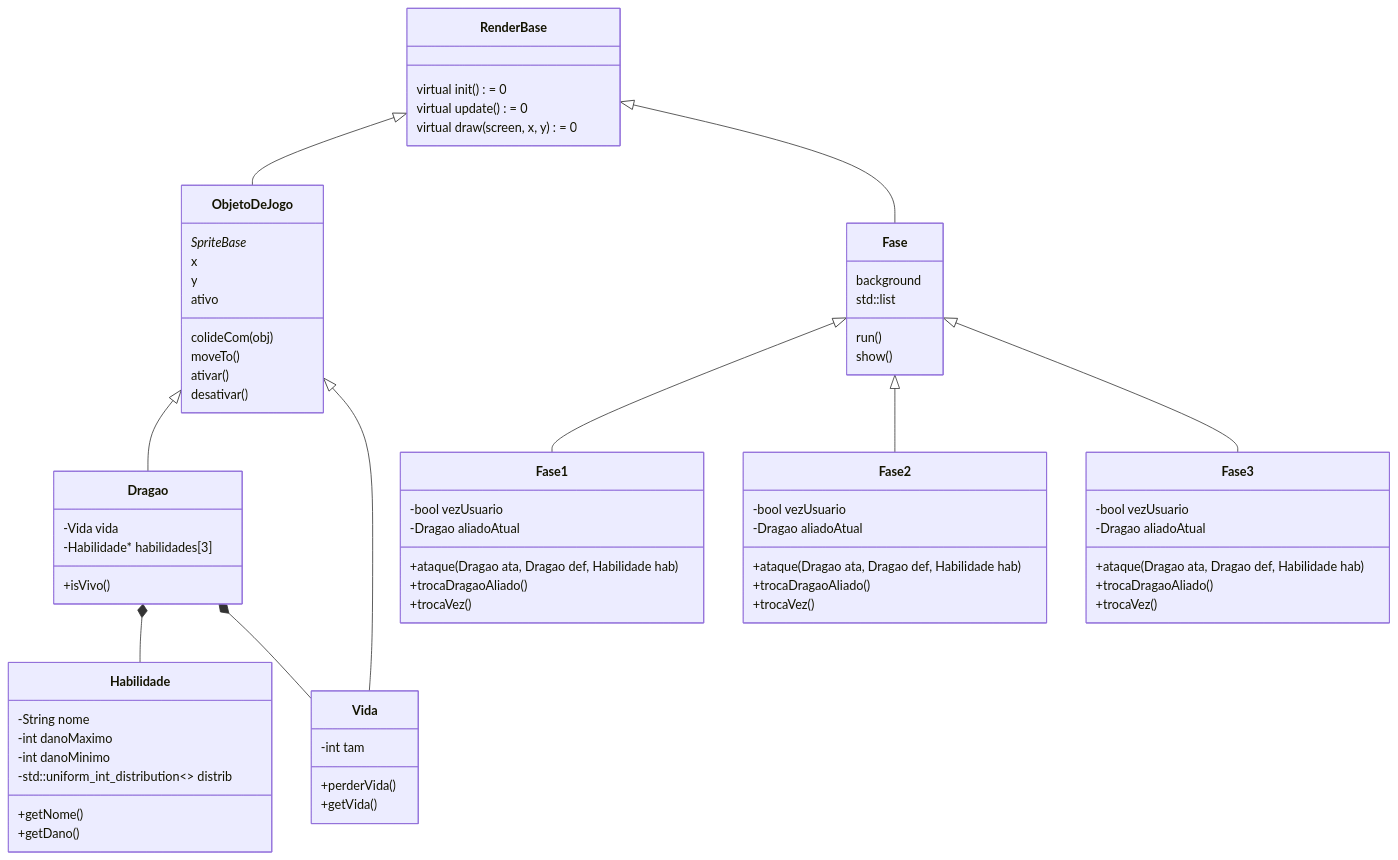
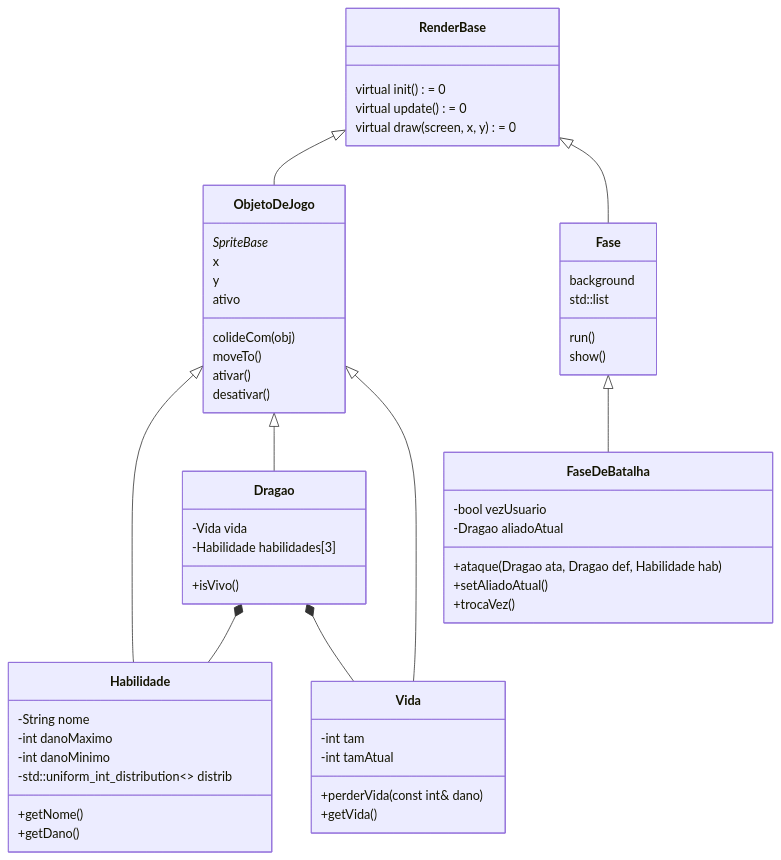
The diagram in uml.md (JeffersonAmorimdaCosta/projeto_poo), drawn with Mermaid before and after one commit. The commit also changed 14 other files, not shown here.

Commit message:
Primeira versão finalizada da Vida, atualizações na UML e correção no makefile.sh

```diff
--- a/uml.md
+++ b/uml.md
@@ -17,9 +17,16 @@
         desativar()
     }
 
+    class Fase {
+        background
+        std::list<ObjetoDeJogo*>
+        run()
+        show()
+    }
+
     class Dragao {
         -Vida vida
-        -Habilidade* habilidades[3]
+        -Habilidade habilidades[3]
         +isVivo()
     }
 
@@ -34,50 +41,28 @@
 
     class Vida {
         -int tam
-        +perderVida()
+        -int tamAtual
+        +perderVida(const int& dano)
         +getVida()
     }
 
-    class Fase {
-        background
-        std::list<ObjetoDeJogo*>
-        run()
-        show()
-    }
 
-    class Fase1 {
+    class FaseDeBatalha {
         -bool vezUsuario
         -Dragao aliadoAtual
         +ataque(Dragao ata, Dragao def, Habilidade hab)   
-        +trocaDragaoAliado()
-        +trocaVez()
-    }
-
-    class Fase2 {
-        -bool vezUsuario
-        -Dragao aliadoAtual
-        +ataque(Dragao ata, Dragao def, Habilidade hab) 
-        +trocaDragaoAliado()
-        +trocaVez()
-    }
-
-    class Fase3 {
-        -bool vezUsuario
-        -Dragao aliadoAtual
-        +ataque(Dragao ata, Dragao def, Habilidade hab)
-        +trocaDragaoAliado()
+        +setAliadoAtual()
         +trocaVez()
     }
 
     RenderBase <|-- ObjetoDeJogo
     RenderBase <|-- Fase
 
+    ObjetoDeJogo <|-- Habilidade
     ObjetoDeJogo <|-- Dragao
     ObjetoDeJogo <|-- Vida
 
-    Fase <|-- Fase1
-    Fase <|-- Fase2
-    Fase <|-- Fase3
+    Fase <|-- FaseDeBatalha
 
     Dragao *-- Habilidade
     Dragao *-- Vida
```
